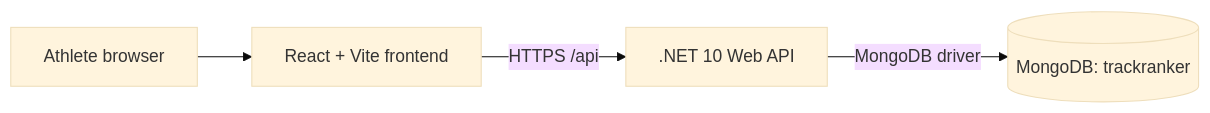
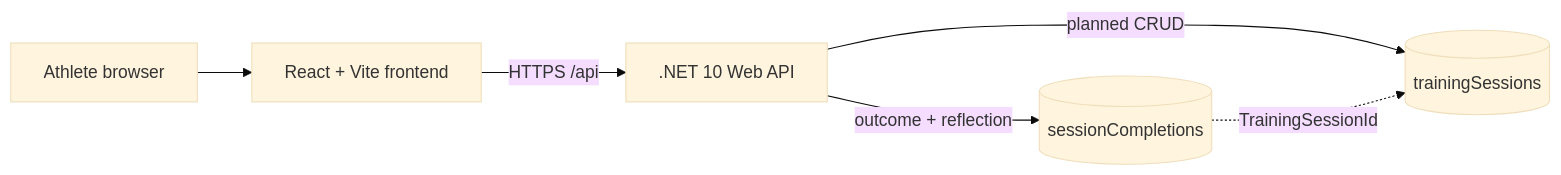
Before and after one commit to AryanWalan/TrackRanker: the diagram in specs/01-technical-architecture.md, drawn with Mermaid (base theme). The commit also changed other lines of this file and 29 other files, not shown here.

````diff
--- a/specs/01-technical-architecture.md
+++ b/specs/01-technical-architecture.md
@@ -27,6 +27,8 @@
 ```mermaid
 flowchart LR
     Athlete["Athlete browser"] --> Frontend["React + Vite frontend"]
     Frontend -->|"HTTPS /api"| API[".NET 10 Web API"]
-    API -->|"MongoDB driver"| Database[("MongoDB: trackranker")]
+    API -->|"planned CRUD"| Sessions[("trainingSessions")]
+    API -->|"outcome + reflection"| Completions[("sessionCompletions")]
+    Completions -. "TrainingSessionId" .-> Sessions
 ```
````
